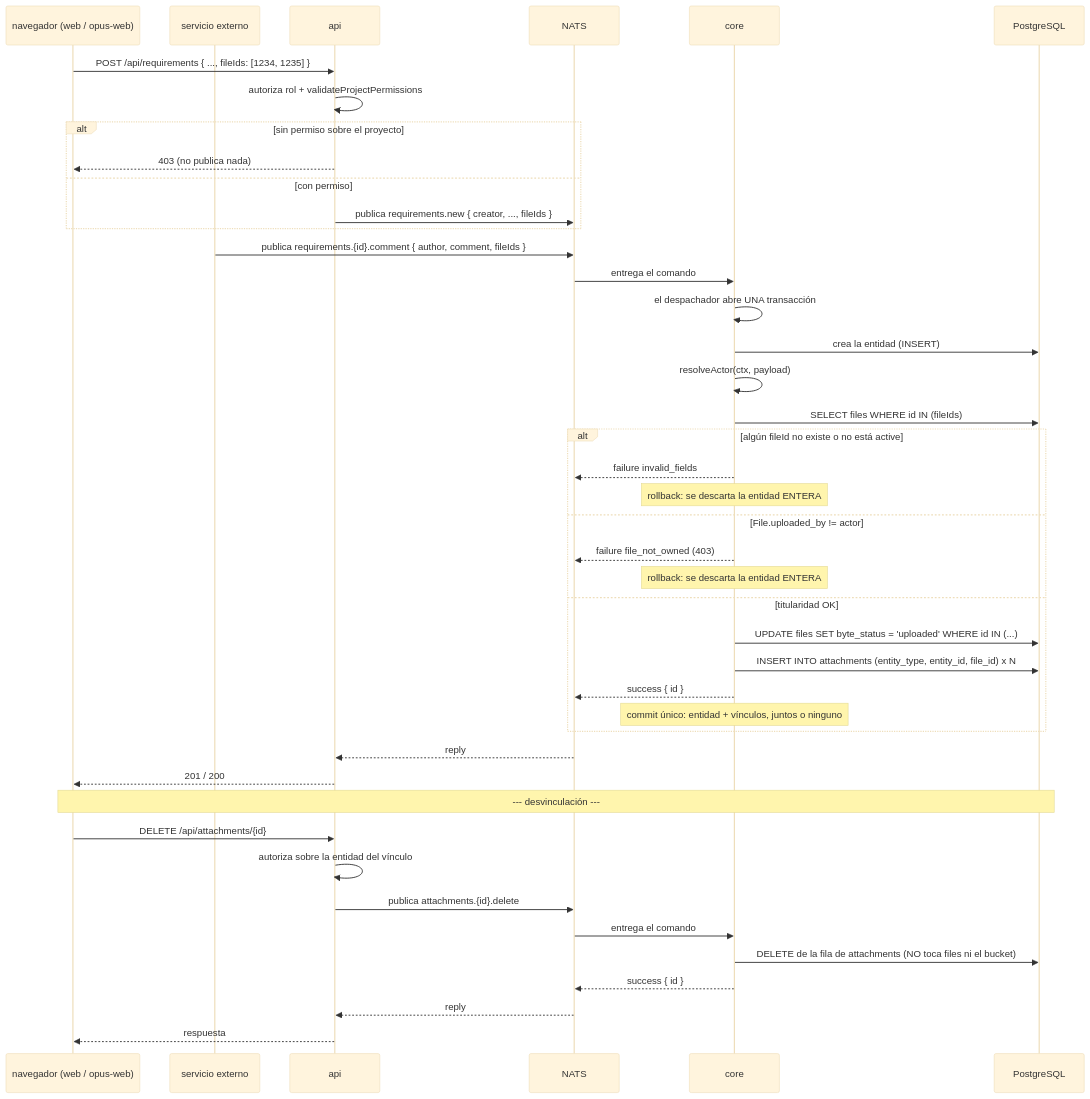
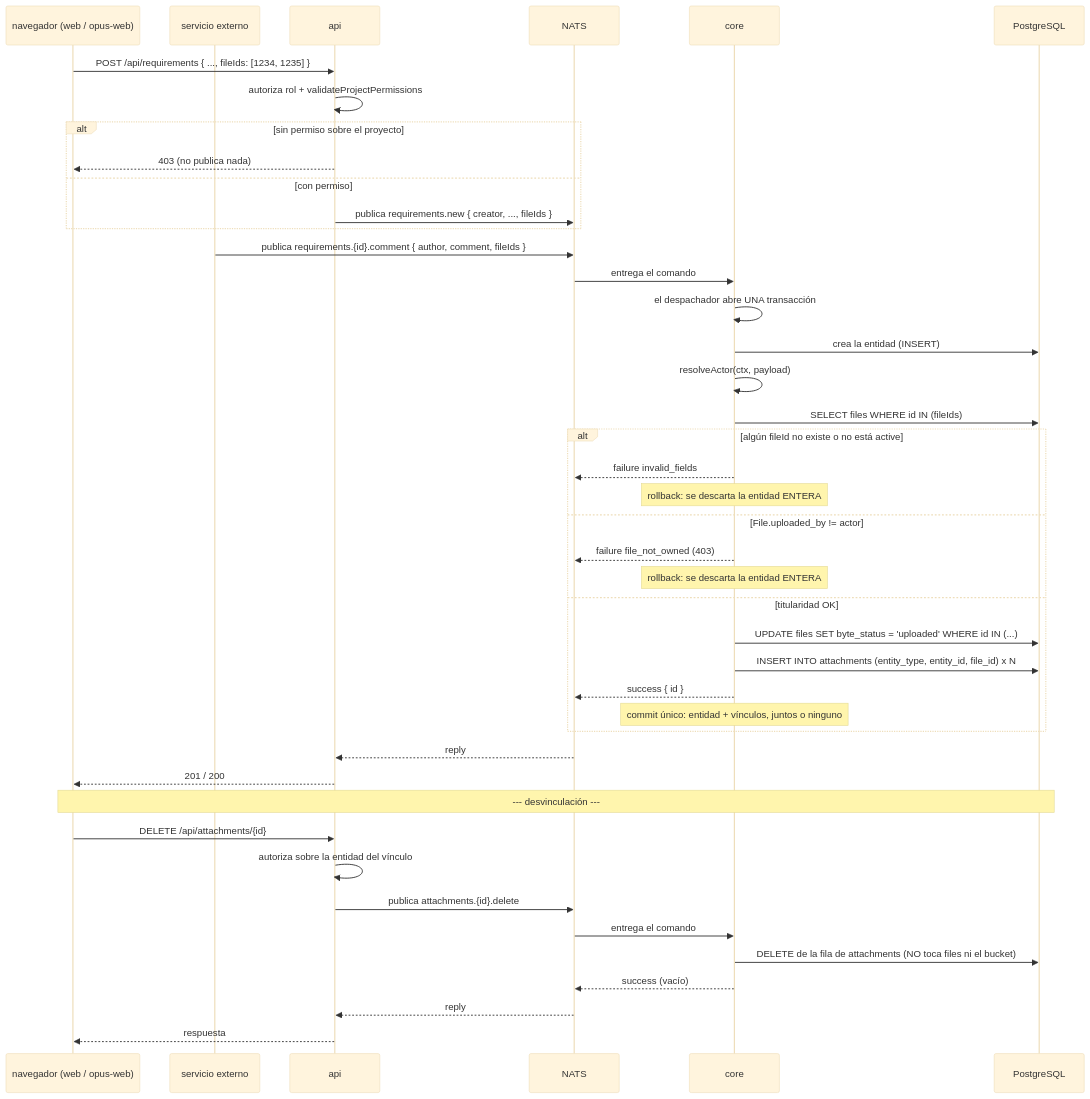
Before and after one commit to gravadigital/jiku: the diagram in docs/flows/vinculacion-de-archivos.md, drawn with Mermaid (base theme). The commit also changed other lines of this file and 4 other files, not shown here.

````diff
--- a/docs/flows/vinculacion-de-archivos.md
+++ b/docs/flows/vinculacion-de-archivos.md
@@ -80,49 +83,49 @@
 ```mermaid
 sequenceDiagram
     participant B as navegador (web / opus-web)
     participant X as servicio externo
     participant A as api
     participant N as NATS
     participant C as core
     participant DB as PostgreSQL
 
     B->>A: POST /api/requirements { ..., fileIds: [1234, 1235] }
     A->>A: autoriza rol + validateProjectPermissions
     alt sin permiso sobre el proyecto
         A-->>B: 403 (no publica nada)
     else con permiso
         A->>N: publica requirements.new { creator, ..., fileIds }
     end
 
     X->>N: publica requirements.{id}.comment { author, comment, fileIds }
 
     N->>C: entrega el comando
     C->>C: el despachador abre UNA transacción
     C->>DB: crea la entidad (INSERT)
     C->>C: resolveActor(ctx, payload)
     C->>DB: SELECT files WHERE id IN (fileIds)
     alt algún fileId no existe o no está active
         C-->>N: failure invalid_fields
         Note over C: rollback: se descarta la entidad ENTERA
     else File.uploaded_by != actor
         C-->>N: failure file_not_owned (403)
         Note over C: rollback: se descarta la entidad ENTERA
     else titularidad OK
         C->>DB: UPDATE files SET byte_status = 'uploaded' WHERE id IN (...)
         C->>DB: INSERT INTO attachments (entity_type, entity_id, file_id) x N
         C-->>N: success { id }
         Note over C: commit único: entidad + vínculos, juntos o ninguno
     end
     N-->>A: reply
     A-->>B: 201 / 200
 
     Note over B,DB: --- desvinculación ---
     B->>A: DELETE /api/attachments/{id}
     A->>A: autoriza sobre la entidad del vínculo
     A->>N: publica attachments.{id}.delete
     N->>C: entrega el comando
     C->>DB: DELETE de la fila de attachments (NO toca files ni el bucket)
-    C-->>N: success { id }
+    C-->>N: success (vacío)
     N-->>A: reply
     A-->>B: respuesta
 ```
````
